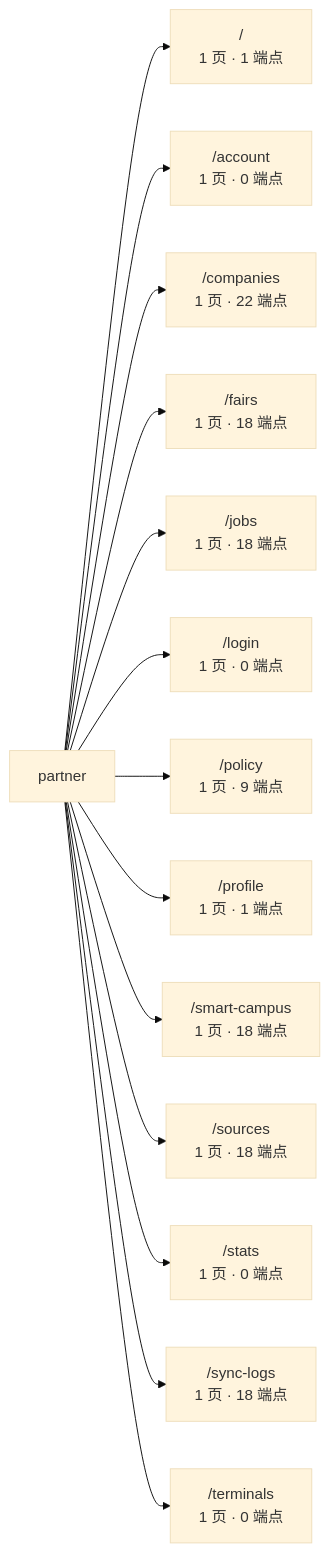
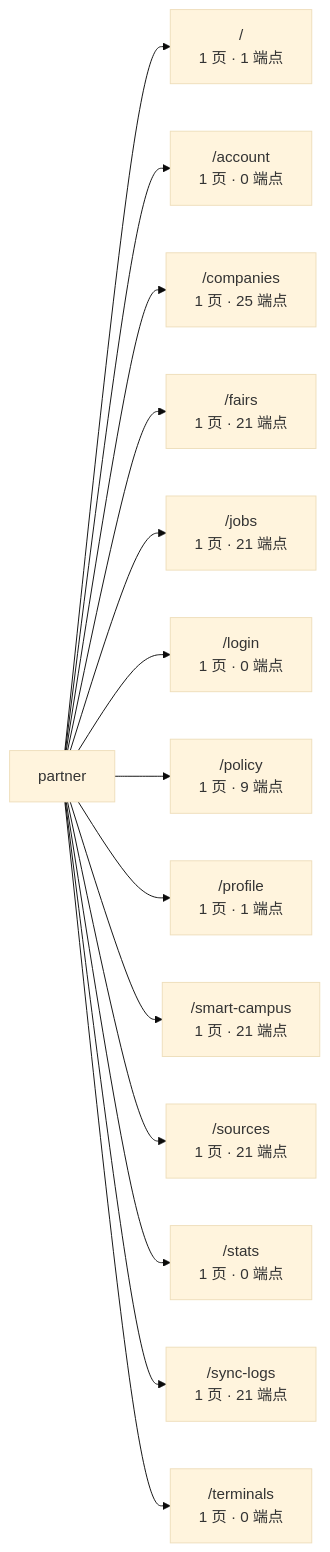
One commit to wanglei581/YITIJI changed the third of 3 diagrams in docs/graph/routes.md. Above: the diagram before and after it, drawn with Mermaid (base theme). The commit also changed other lines of this file and 122 other files, not shown here.

````diff
--- a/docs/graph/routes.md
+++ b/docs/graph/routes.md
@@ -426,17 +426,17 @@
 ```mermaid
 flowchart LR
   app["partner"]
   app --> _root_["/<br/>1 页 · 1 端点"]
   app --> account["/account<br/>1 页 · 0 端点"]
-  app --> companies["/companies<br/>1 页 · 22 端点"]
-  app --> fairs["/fairs<br/>1 页 · 18 端点"]
-  app --> jobs["/jobs<br/>1 页 · 18 端点"]
+  app --> companies["/companies<br/>1 页 · 25 端点"]
+  app --> fairs["/fairs<br/>1 页 · 21 端点"]
+  app --> jobs["/jobs<br/>1 页 · 21 端点"]
   app --> login["/login<br/>1 页 · 0 端点"]
   app --> policy["/policy<br/>1 页 · 9 端点"]
   app --> profile["/profile<br/>1 页 · 1 端点"]
-  app --> smart_campus["/smart-campus<br/>1 页 · 18 端点"]
-  app --> sources["/sources<br/>1 页 · 18 端点"]
+  app --> smart_campus["/smart-campus<br/>1 页 · 21 端点"]
+  app --> sources["/sources<br/>1 页 · 21 端点"]
   app --> stats["/stats<br/>1 页 · 0 端点"]
-  app --> sync_logs["/sync-logs<br/>1 页 · 18 端点"]
+  app --> sync_logs["/sync-logs<br/>1 页 · 21 端点"]
   app --> terminals["/terminals<br/>1 页 · 0 端点"]
 ```
````
